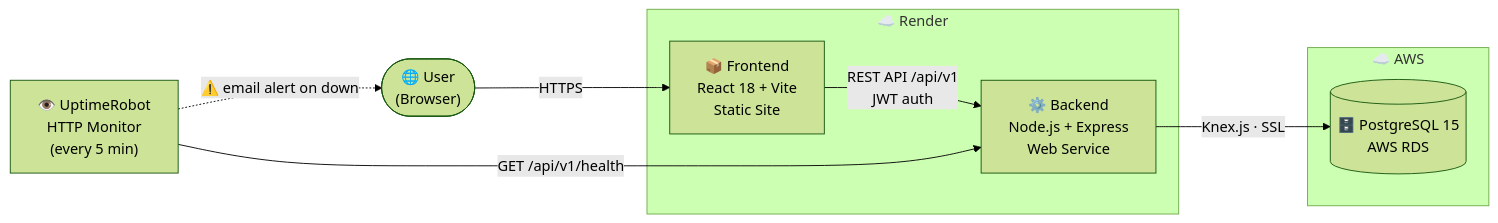
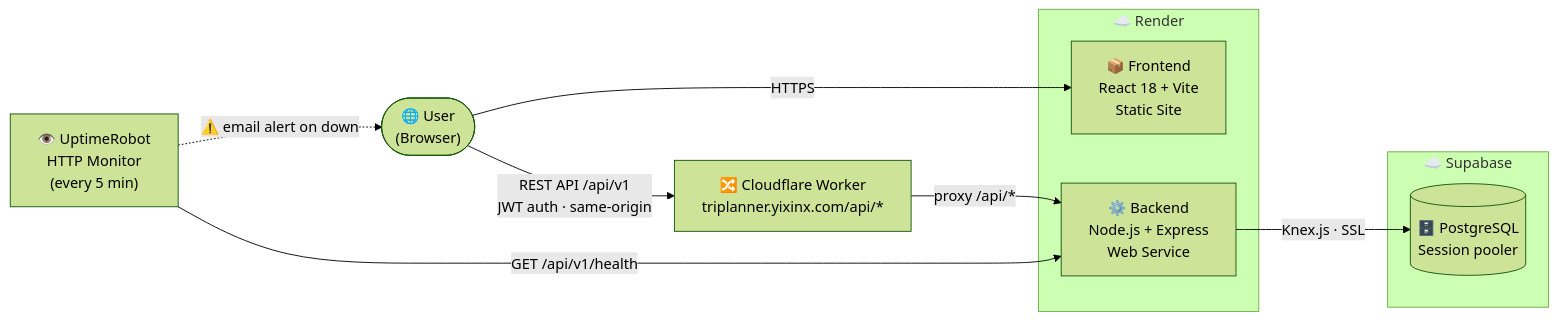
Before and after one commit to yixinxiao7/triplanner: the diagram in README.md, drawn with Mermaid (forest theme). The commit also changed other lines of this file and 7 other files, not shown here.

First line of the commit message:
infra: move database from AWS RDS to Supabase

````diff
--- a/README.md
+++ b/README.md
@@ -20,20 +20,22 @@
 ```mermaid
 graph LR
     User(["🌐 User<br/>(Browser)"])
     UR["👁️ UptimeRobot<br/>HTTP Monitor<br/>(every 5 min)"]
+    CF["🔀 Cloudflare Worker<br/>triplanner.yixinx.com/api/*"]
 
     subgraph Render ["☁️ Render"]
         FE["📦 Frontend<br/>React 18 + Vite<br/>Static Site"]
         BE["⚙️ Backend<br/>Node.js + Express<br/>Web Service"]
     end
 
-    subgraph AWS ["☁️ AWS"]
-        DB[("🗄️ PostgreSQL 15<br/>AWS RDS")]
+    subgraph Supabase ["☁️ Supabase"]
+        DB[("🗄️ PostgreSQL<br/>Session pooler")]
     end
 
     User -->|"HTTPS"| FE
-    FE -->|"REST API /api/v1<br/>JWT auth"| BE
+    User -->|"REST API /api/v1<br/>JWT auth · same-origin"| CF
+    CF -->|"proxy /api/*"| BE
     BE -->|"Knex.js · SSL"| DB
     UR -->|"GET /api/v1/health"| BE
     UR -.->|"⚠️ email alert on down"| User
 ```
````
